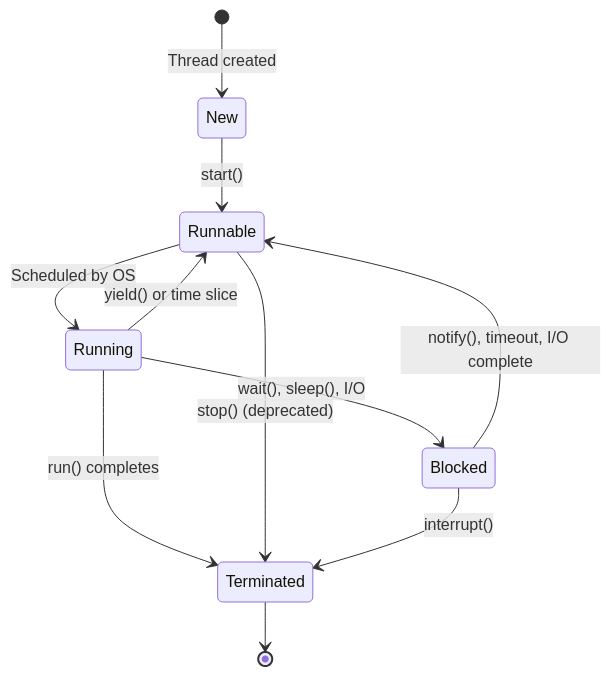
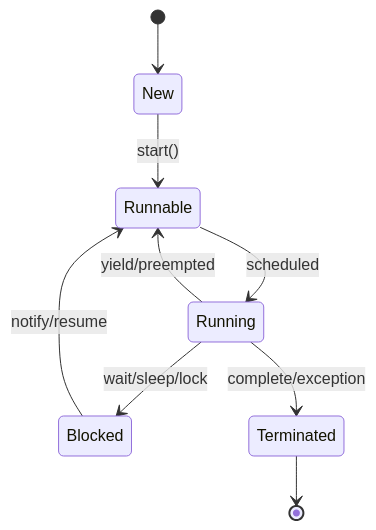
The diagram in multithreading-concurrency-in-java/README.md (VrushankPatel/interview-matters), drawn with Mermaid before and after one commit. The commit also changed other lines of this file and 7 other files, not shown here.

````diff
--- a/multithreading-concurrency-in-java/README.md
+++ b/multithreading-concurrency-in-java/README.md
@@ -24,13 +25,11 @@
 ```mermaid
 stateDiagram-v2
-    [*] --> New: Thread created
-    New --> Runnable: start()
-    Runnable --> Running: Scheduled by OS
-    Running --> Runnable: yield() or time slice
-    Running --> Blocked: wait(), sleep(), I/O
-    Blocked --> Runnable: notify(), timeout, I/O complete
-    Running --> Terminated: run() completes
-    Runnable --> Terminated: stop() (deprecated)
-    Blocked --> Terminated: interrupt()
+    [*] --> New
+    New --> Runnable : start()
+    Runnable --> Running : scheduled
+    Running --> Runnable : yield/preempted
+    Running --> Blocked : wait/sleep/lock
+    Blocked --> Runnable : notify/resume
+    Running --> Terminated : complete/exception
     Terminated --> [*]
 ```
````
